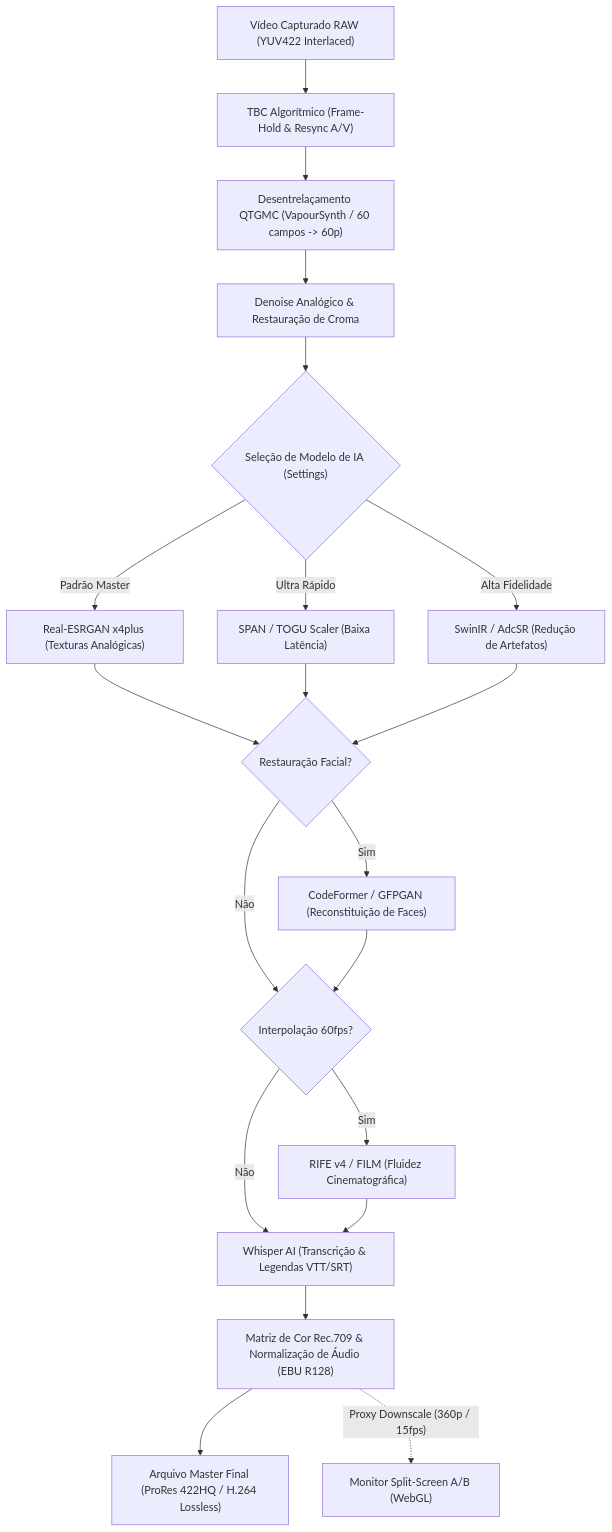
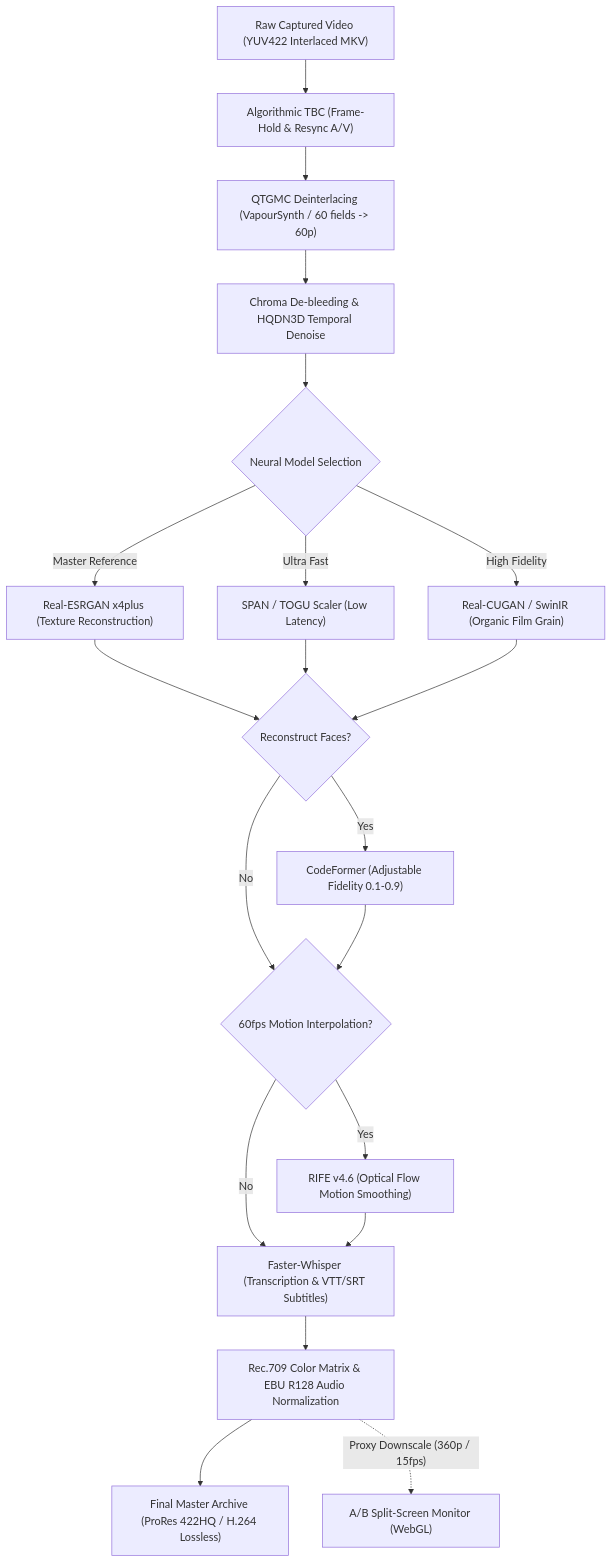
Before and after one commit to orgchrono/vhs-capture-scripts: the third of 3 diagrams in README.md, drawn with Mermaid. The commit also changed other lines of this file and 16 other files, not shown here.

Commit message:
feat(core): connect neural AI pipeline, bidirectional preferences persistence and remove legacy mocks

````diff
--- a/README.md
+++ b/README.md
@@ -168,29 +201,29 @@
 ```mermaid
 flowchart TD
-    RAW["Vídeo Capturado RAW (YUV422 Interlaced)"] --> TBC["TBC Algorítmico (Frame-Hold & Resync A/V)"]
-    TBC --> Deint["Desentrelaçamento QTGMC (VapourSynth / 60 campos -> 60p)"]
+    RAW["Raw Captured Video (YUV422 Interlaced MKV)"] --> TBC["Algorithmic TBC (Frame-Hold & Resync A/V)"]
+    TBC --> Deint["QTGMC Deinterlacing (VapourSynth / 60 fields -> 60p)"]
     
-    Deint --> NeuralDenoise["Denoise Analógico & Restauração de Croma"]
-    NeuralDenoise --> Upscale{"Seleção de Modelo de IA (Settings)"}
+    Deint --> NeuralDenoise["Chroma De-bleeding & HQDN3D Temporal Denoise"]
+    NeuralDenoise --> Upscale{"Neural Model Selection"}
     
-    Upscale -->|"Padrão Master"| RealESRGAN["Real-ESRGAN x4plus (Texturas Analógicas)"]
-    Upscale -->|"Ultra Rápido"| SPAN["SPAN / TOGU Scaler (Baixa Latência)"]
-    Upscale -->|"Alta Fidelidade"| SwinIR["SwinIR / AdcSR (Redução de Artefatos)"]
+    Upscale -->|"Master Reference"| RealESRGAN["Real-ESRGAN x4plus (Texture Reconstruction)"]
+    Upscale -->|"Ultra Fast"| SPAN["SPAN / TOGU Scaler (Low Latency)"]
+    Upscale -->|"High Fidelity"| SwinIR["Real-CUGAN / SwinIR (Organic Film Grain)"]
     
-    RealESRGAN --> FaceCheck{"Restauração Facial?"}
+    RealESRGAN --> FaceCheck{"Reconstruct Faces?"}
     SPAN --> FaceCheck
     SwinIR --> FaceCheck
     
-    FaceCheck -->|"Sim"| CodeFormer["CodeFormer / GFPGAN (Reconstituição de Faces)"]
-    FaceCheck -->|"Não"| MotionCheck{"Interpolação 60fps?"}
+    FaceCheck -->|"Yes"| CodeFormer["CodeFormer (Adjustable Fidelity 0.1-0.9)"]
+    FaceCheck -->|"No"| MotionCheck{"60fps Motion Interpolation?"}
     CodeFormer --> MotionCheck
     
-    MotionCheck -->|"Sim"| RIFE["RIFE v4 / FILM (Fluidez Cinematográfica)"]
-    MotionCheck -->|"Não"| AudioPipeline
-    RIFE --> AudioPipeline["Whisper AI (Transcrição & Legendas VTT/SRT)"]
+    MotionCheck -->|"Yes"| RIFE["RIFE v4.6 (Optical Flow Motion Smoothing)"]
+    MotionCheck -->|"No"| AudioPipeline
+    RIFE --> AudioPipeline["Faster-Whisper (Transcription & VTT/SRT Subtitles)"]
     
-    AudioPipeline --> ColorGrade["Matriz de Cor Rec.709 & Normalização de Áudio (EBU R128)"]
+    AudioPipeline --> ColorGrade["Rec.709 Color Matrix & EBU R128 Audio Normalization"]
     
-    ColorGrade --> MasterOut["Arquivo Master Final (ProRes 422HQ / H.264 Lossless)"]
-    ColorGrade -. "Proxy Downscale (360p / 15fps)" .-> SplitMonitor["Monitor Split-Screen A/B (WebGL)"]
+    ColorGrade --> MasterOut["Final Master Archive (ProRes 422HQ / H.264 Lossless)"]
+    ColorGrade -. "Proxy Downscale (360p / 15fps)" .-> SplitMonitor["A/B Split-Screen Monitor (WebGL)"]
 ```
````
